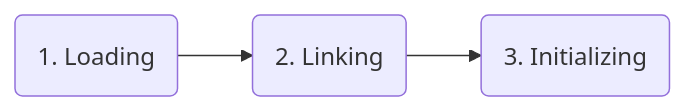
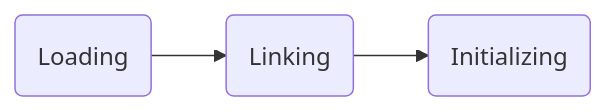
One commit to ruthetum/study changed the first of 2 diagrams in java/jvm.md. Above: the diagram before and after it, drawn with Mermaid.

Commit message:
[jvm] fix invalid syntax about mermaid

````diff
--- a/java/jvm.md
+++ b/java/jvm.md
@@ -38,5 +38,5 @@
 ```mermaid
 graph LR
-    A(1. Loading) --> B(2. Linking)
-    B --> C(3. Initializing)
+    A(Loading) --> B(Linking)
+    B --> C(Initializing)
 ```
````
